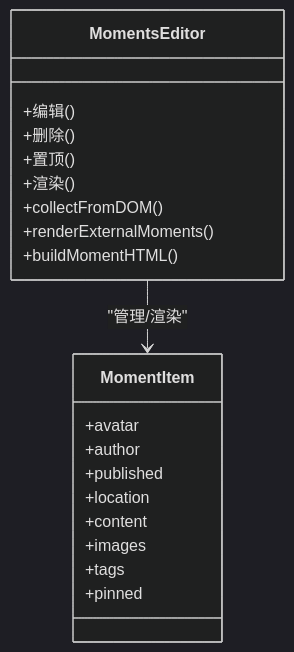
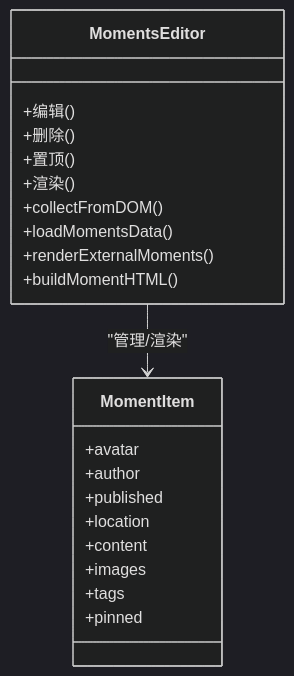
One commit to olx2990684400-sketch/olx-my-blog changed the seventh of 11 diagrams in .qoder/repowiki/zh/content/组件系统/编辑组件.md. Above: the diagram before and after it, drawn with Mermaid (dark theme). The commit also changed other lines of this file and 6 other files, not shown here.

````diff
--- a/.qoder/repowiki/zh/content/组件系统/编辑组件.md
+++ b/.qoder/repowiki/zh/content/组件系统/编辑组件.md
@@ -333,23 +358,24 @@
 ```mermaid
 classDiagram
 class MomentsEditor {
 +编辑()
 +删除()
 +置顶()
 +渲染()
 +collectFromDOM()
++loadMomentsData()
 +renderExternalMoments()
 +buildMomentHTML()
 }
 class MomentItem {
 +avatar
 +author
 +published
 +location
 +content
 +images
 +tags
 +pinned
 }
 MomentsEditor --> MomentItem : "管理/渲染"
 ```
````
